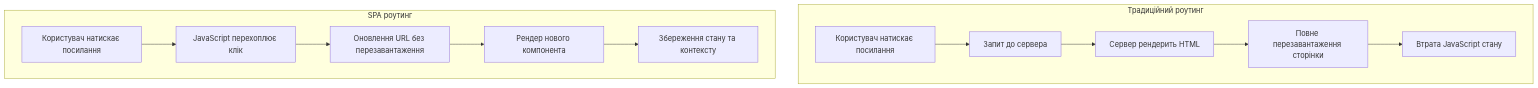
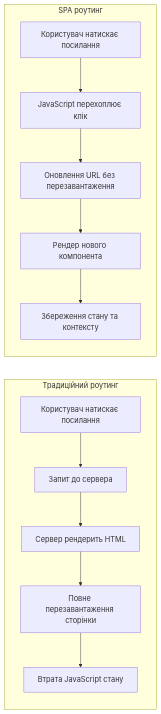
The diagram in lectures/lecture-11.md (olroi421/course-web), drawn with Mermaid before and after one commit.

````diff
--- a/lectures/lecture-11.md
+++ b/lectures/lecture-11.md
@@ -11,16 +11,16 @@
 ```mermaid
-graph TB
+graph LR
     subgraph "Традиційний роутинг"
         A1[Користувач натискає посилання] --> B1[Запит до сервера]
         B1 --> C1[Сервер рендерить HTML]
         C1 --> D1[Повне перезавантаження сторінки]
         D1 --> E1[Втрата JavaScript стану]
     end
 
     subgraph "SPA роутинг"
         A2[Користувач натискає посилання] --> B2[JavaScript перехоплює клік]
         B2 --> C2[Оновлення URL без перезавантаження]
         C2 --> D2[Рендер нового компонента]
         D2 --> E2[Збереження стану та контексту]
     end
 ```
````
